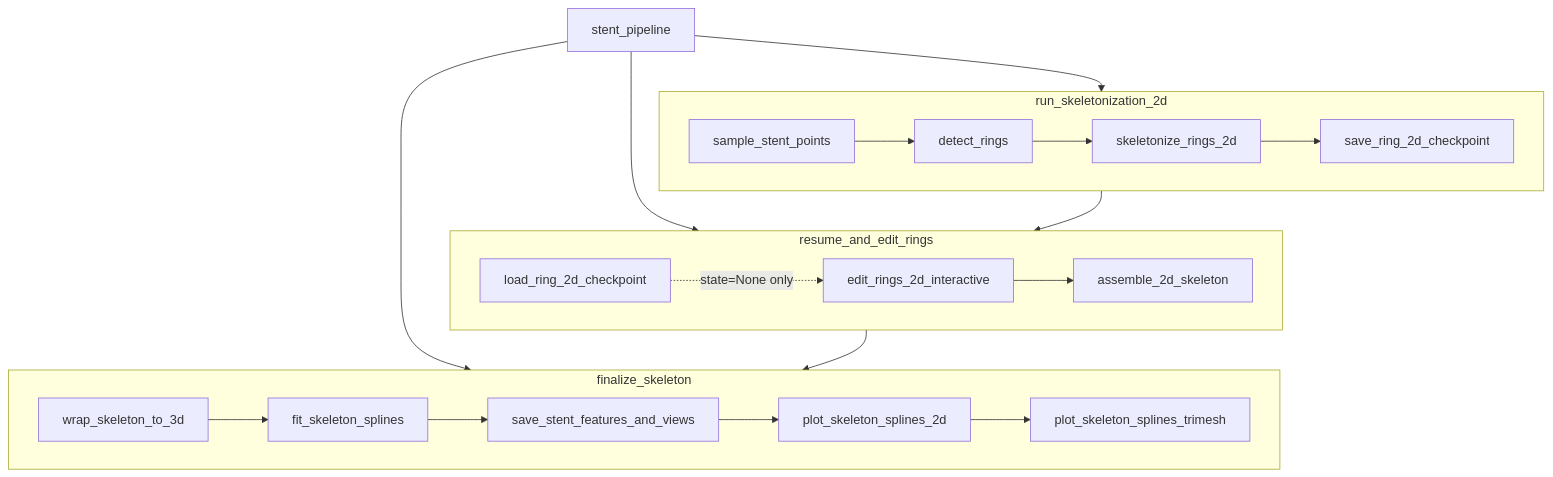
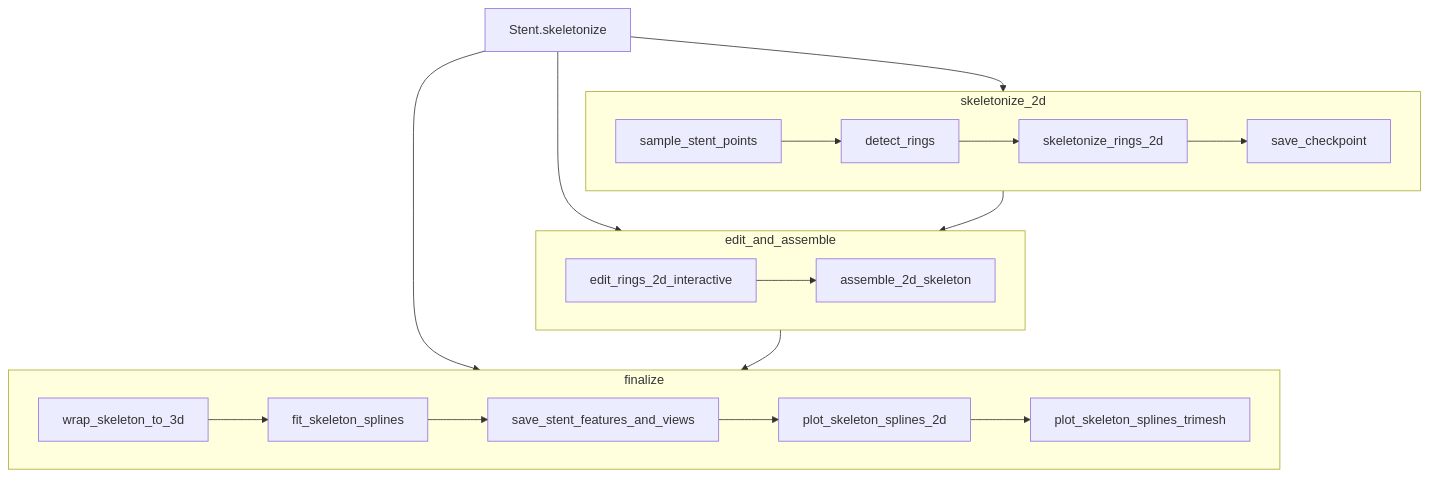
The first of 2 diagrams in docs/workflow.md (VuralAktas/stentFIT), drawn with Mermaid before and after one commit. The commit also changed other lines of this file and 2 other files, not shown here.

````diff
--- a/docs/workflow.md
+++ b/docs/workflow.md
@@ -13,33 +14,31 @@
 ```{mermaid}
 graph TD
-    P[stent_pipeline] --> A
+    P[Stent.skeletonize] --> A
     P --> B
     P --> C
 
-    subgraph A[run_skeletonization_2d]
+    subgraph A[skeletonize_2d]
         A1[sample_stent_points]
         A2[detect_rings]
         A3[skeletonize_rings_2d]
-        A4[save_ring_2d_checkpoint]
+        A4[save_checkpoint]
         A1 --> A2 --> A3 --> A4
     end
 
-    subgraph B[resume_and_edit_rings]
-        B1[load_ring_2d_checkpoint]
-        B2[edit_rings_2d_interactive]
-        B3[assemble_2d_skeleton]
-        B1 -.->|"state=None only"| B2
-        B2 --> B3
+    subgraph B[edit_and_assemble]
+        B1[edit_rings_2d_interactive]
+        B2[assemble_2d_skeleton]
+        B1 --> B2
     end
 
-    subgraph C[finalize_skeleton]
+    subgraph C[finalize]
         C1[wrap_skeleton_to_3d]
         C2[fit_skeleton_splines]
         C3[save_stent_features_and_views]
         C4[plot_skeleton_splines_2d]
         C5[plot_skeleton_splines_trimesh]
         C1 --> C2 --> C3 --> C4 --> C5
     end
 
     A --> B --> C
 ```
````
